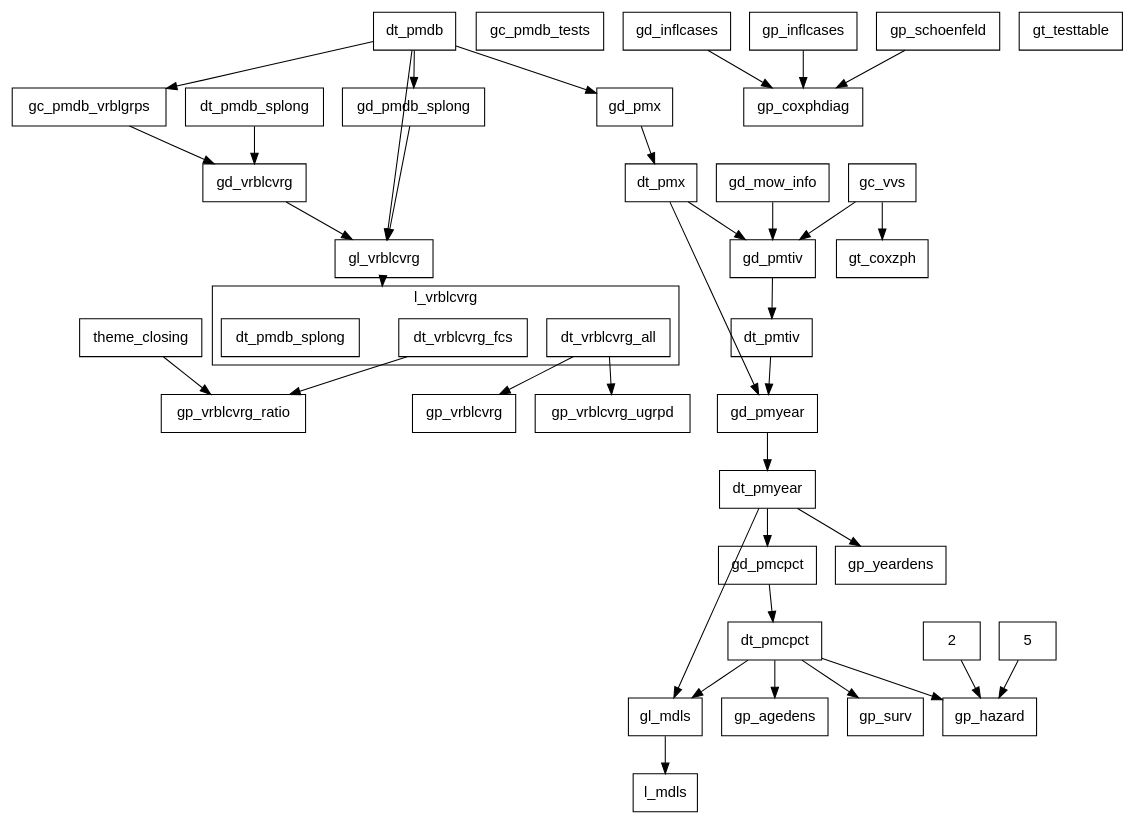
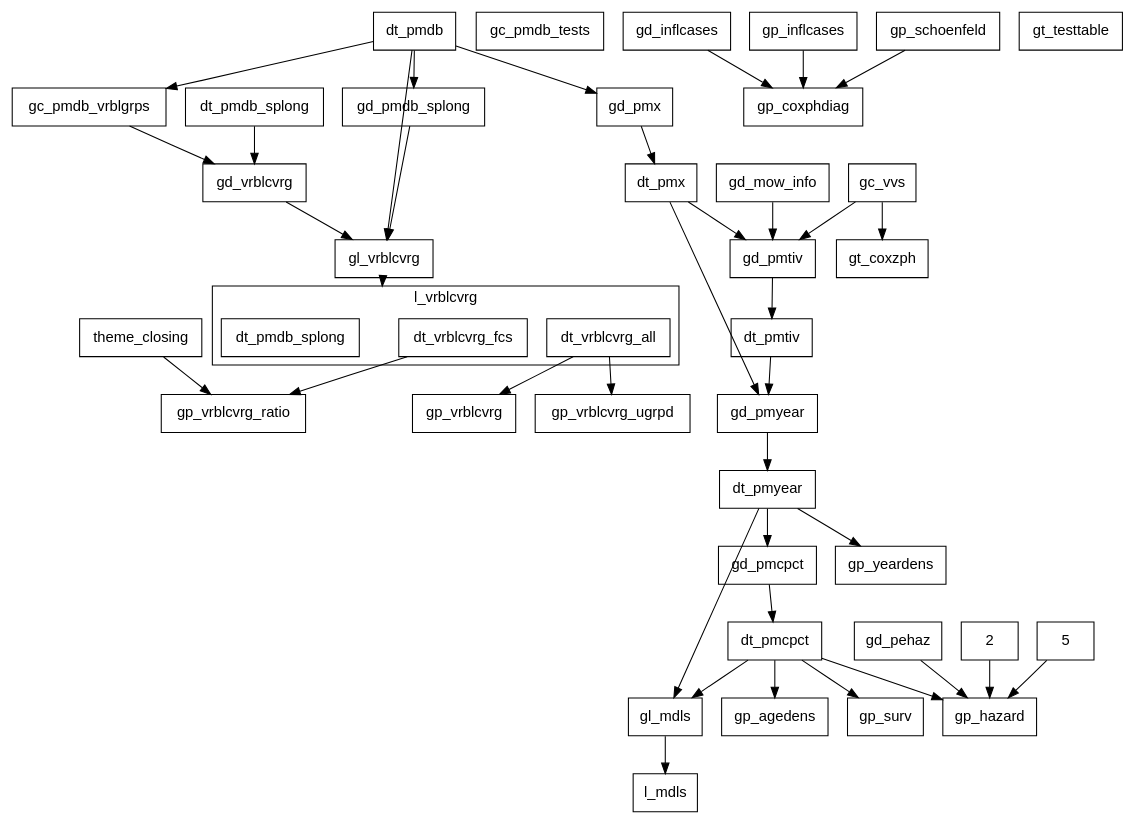
One commit to swhalemwo/pm_closing changed the diagram in misc/callgraph2.dot. Above: the diagram before and after it, drawn with Graphviz. The commit also changed 2 other files, not shown here.

Commit message:
add average hazard calculations (via pehaz) and in-text references

```diff
--- a/misc/callgraph2.dot
+++ b/misc/callgraph2.dot
@@ -1,84 +1,86 @@
 digraph D {
  compound = true;
  splines = false; fontname=helvetica;
  node [shape=box, fontsize = 14, fontname=helvetica];
  edge [style = solid];
  
  subgraph cluster_l_vrblcvrg {
  label = "l_vrblcvrg";
  l_vrblcvrg__dt_vrblcvrg_all [label=dt_vrblcvrg_all]; 
 l_vrblcvrg__dt_vrblcvrg_fcs [label=dt_vrblcvrg_fcs]; 
 l_vrblcvrg [label = "", color=transparent, width=0, height=0]; 
 l_vrblcvrg__dt_pmdb_splong [label=dt_pmdb_splong] 
 } 
  gc_pmdb_tests; 
 gc_pmdb_vrblgrps; 
 gc_vvs; 
 gd_inflcases; 
 gd_mow_info; 
+gd_pehaz; 
 gd_pmcpct; 
 gd_pmdb_splong; 
 gd_pmtiv; 
 gd_pmx; 
 gd_pmyear; 
 gd_vrblcvrg; 
 gl_mdls; 
 gl_vrblcvrg; 
 gp_agedens; 
 gp_coxphdiag; 
 gp_hazard; 
 gp_inflcases; 
 gp_schoenfeld; 
 gp_surv; 
 gp_vrblcvrg; 
 gp_vrblcvrg_ratio; 
 gp_vrblcvrg_ugrpd; 
 gp_yeardens; 
 gt_coxzph; 
 gt_testtable; 
 theme_closing; 
 dt_pmdb; 
 dt_pmdb_splong; 
 dt_pmx; 
 dt_pmtiv; 
 dt_pmyear; 
 dt_pmcpct; 
 2; 
 5; 
 l_mdls 
  2 -> gp_hazard; 
 5 -> gp_hazard; 
 dt_pmcpct -> gl_mdls; 
 dt_pmcpct -> gp_agedens; 
 dt_pmcpct -> gp_hazard; 
 dt_pmcpct -> gp_surv; 
 dt_pmdb -> gc_pmdb_vrblgrps; 
 dt_pmdb -> gd_pmdb_splong; 
 dt_pmdb -> gd_pmx; 
 dt_pmdb -> gl_vrblcvrg; 
 dt_pmdb_splong -> gd_vrblcvrg; 
 dt_pmtiv -> gd_pmyear; 
 dt_pmx -> gd_pmtiv; 
 dt_pmx -> gd_pmyear; 
 dt_pmyear -> gd_pmcpct; 
 dt_pmyear -> gl_mdls; 
 dt_pmyear -> gp_yeardens; 
 gc_pmdb_vrblgrps -> gd_vrblcvrg; 
 gc_vvs -> gd_pmtiv; 
 gc_vvs -> gt_coxzph; 
 gd_inflcases -> gp_coxphdiag; 
 gd_mow_info -> gd_pmtiv; 
+gd_pehaz -> gp_hazard; 
 gd_pmcpct -> dt_pmcpct; 
 gd_pmdb_splong -> gl_vrblcvrg; 
 gd_pmtiv -> dt_pmtiv; 
 gd_pmx -> dt_pmx; 
 gd_pmyear -> dt_pmyear; 
 gd_vrblcvrg -> gl_vrblcvrg; 
 gl_mdls -> l_mdls; 
 gl_vrblcvrg -> l_vrblcvrg[lhead=cluster_l_vrblcvrg,ltail=gl_vrblcvrg]; 
 gp_inflcases -> gp_coxphdiag; 
 gp_schoenfeld -> gp_coxphdiag; 
 l_vrblcvrg__dt_vrblcvrg_all -> gp_vrblcvrg; 
 l_vrblcvrg__dt_vrblcvrg_all -> gp_vrblcvrg_ugrpd; 
 l_vrblcvrg__dt_vrblcvrg_fcs -> gp_vrblcvrg_ratio; 
 theme_closing -> gp_vrblcvrg_ratio }
```
